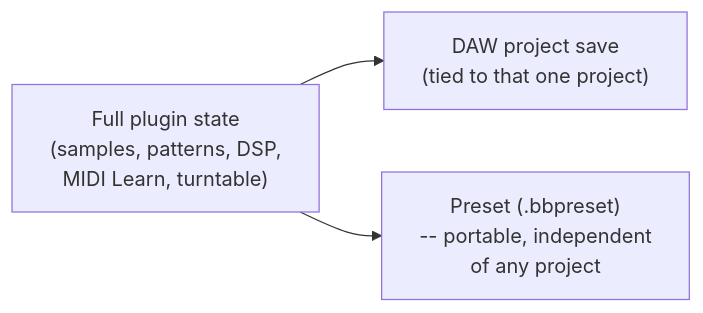
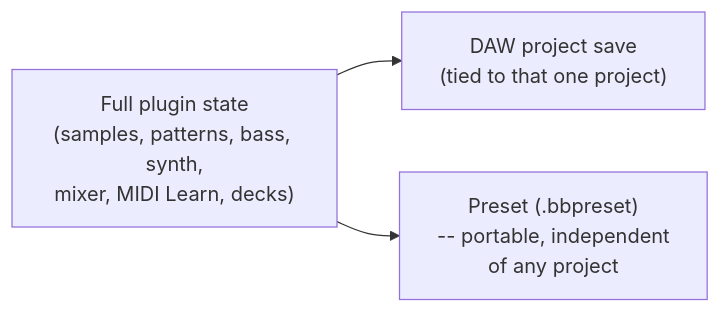
One commit to edensfrequency/boom-bap-producer-pads changed the diagram in docs/usage/saving-and-standalone.md. Above: the diagram before and after it, drawn with Mermaid. The commit also changed other lines of this file and 59 other files, not shown here.

````diff
--- a/docs/usage/saving-and-standalone.md
+++ b/docs/usage/saving-and-standalone.md
@@ -19,5 +21,5 @@
 ```mermaid
 flowchart LR
-    ST["Full plugin state\n(samples, patterns, DSP,\nMIDI Learn, turntable)"] --> DP["DAW project save\n(tied to that one project)"]
+    ST["Full plugin state\n(samples, patterns, bass, synth,\nmixer, MIDI Learn, decks)"] --> DP["DAW project save\n(tied to that one project)"]
     ST --> PR["Preset (.bbpreset)\n-- portable, independent\nof any project"]
 ```
````
